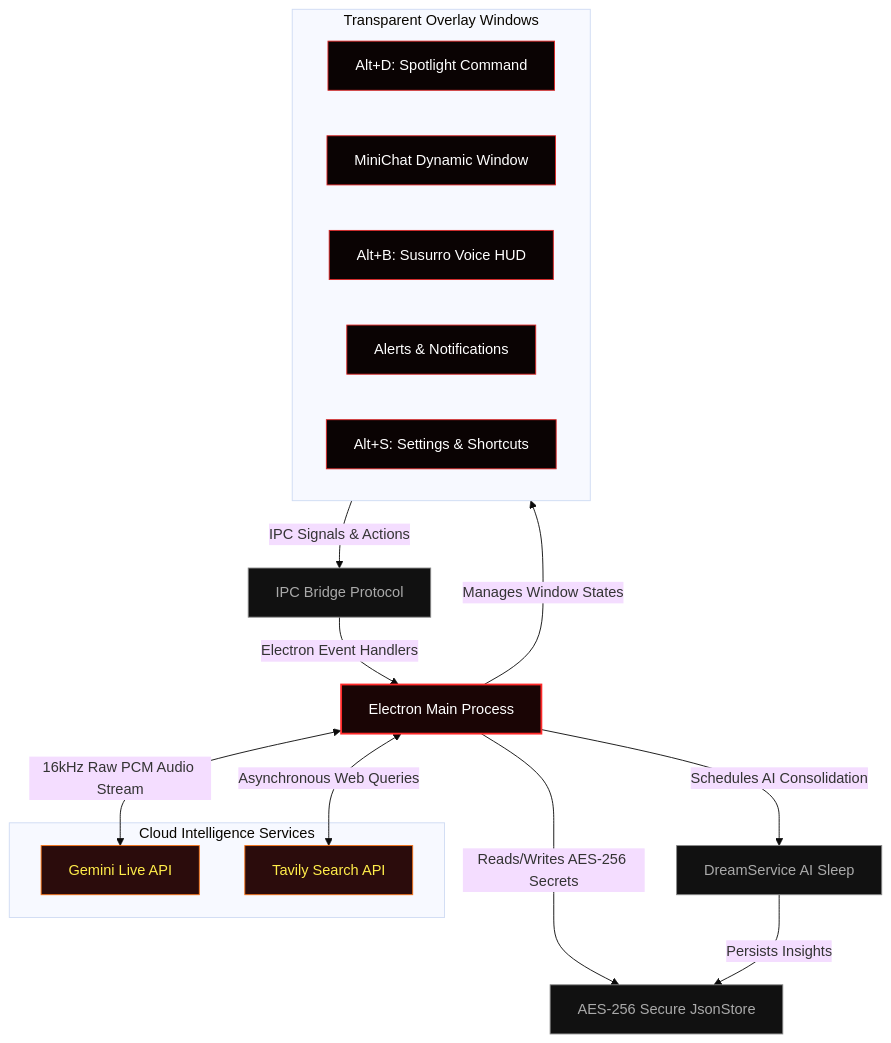
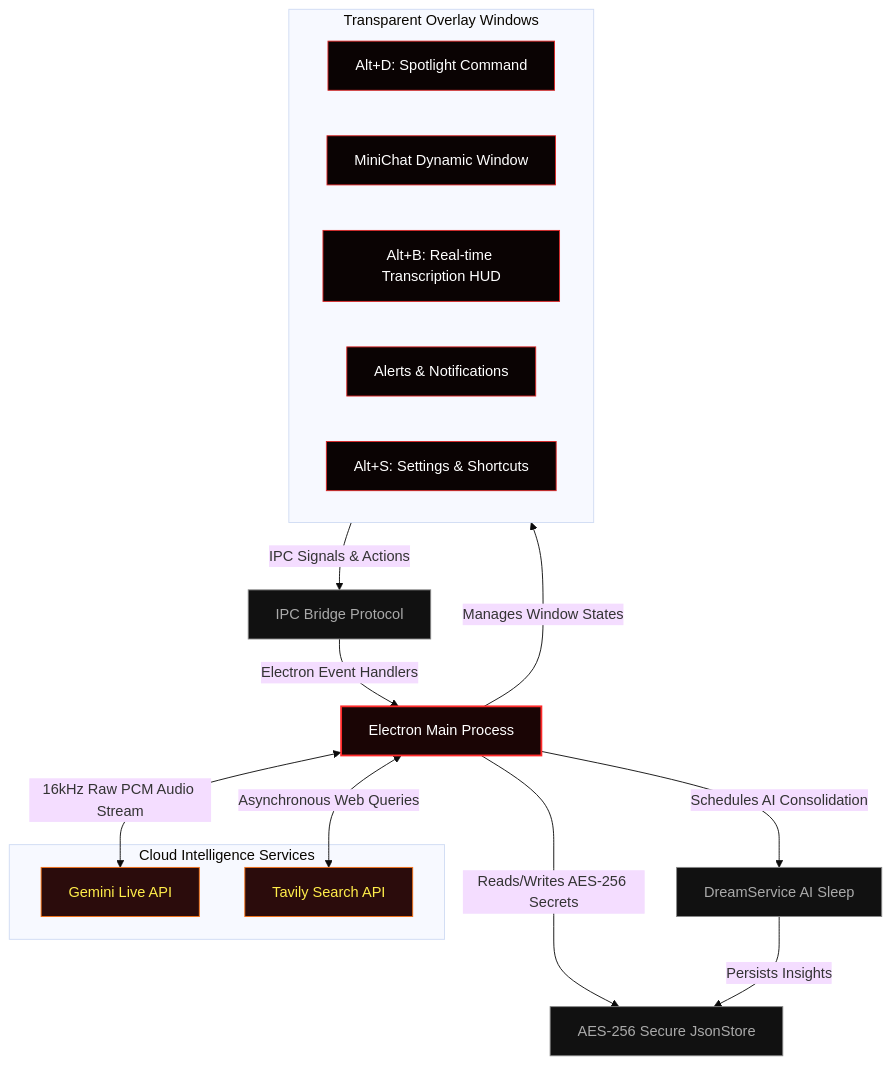
Before and after one commit to euvictorldev/hades-agent: the diagram in README.md, drawn with Mermaid (base theme). The commit also changed other lines of this file, not shown here.

Commit message:
docs: replace 'Susurro' with 'Real-time Transcription' across README

````diff
--- a/README.md
+++ b/README.md
@@ -122,36 +122,36 @@
 ```mermaid
 graph TD
     classDef main fill:#1a0505,stroke:#ff2a2a,stroke-width:2px,color:#fff;
     classDef float fill:#0a0303,stroke:#dc2626,stroke-width:1px,color:#fff;
     classDef service fill:#111,stroke:#888,stroke-width:1px,color:#aaa;
     classDef external fill:#2b0c0c,stroke:#f97316,stroke-width:1px,color:#ffed4a;
 
     Main[Electron Main Process]:::main
     
     subgraph UI_Layers [Transparent Overlay Windows]
         CommandBar[Alt+D: Spotlight Command]:::float
         MiniChat[MiniChat Dynamic Window]:::float
-        Susurro[Alt+B: Susurro Voice HUD]:::float
+        Susurro[Alt+B: Real-time Transcription HUD]:::float
         Notification[Alerts & Notifications]:::float
         Settings[Alt+S: Settings & Shortcuts]:::float
     end
     
     SSoT[IPC Bridge Protocol]:::service
     Store[AES-256 Secure JsonStore]:::service
     Dream[DreamService AI Sleep]:::service
     
     subgraph Cloud_APIs [Cloud Intelligence Services]
         Gemini[Gemini Live API]:::external
         Tavily[Tavily Search API]:::external
     end
 
     Main -->|Manages Window States| UI_Layers
     UI_Layers -->|IPC Signals & Actions| SSoT
     SSoT -->|Electron Event Handlers| Main
     Main -->|Reads/Writes AES-256 Secrets| Store
     Main -->|Schedules AI Consolidation| Dream
     Dream -->|Persists Insights| Store
     
     Main <-->|16kHz Raw PCM Audio Stream| Gemini
     Main <-->|Asynchronous Web Queries| Tavily
 ```
````
